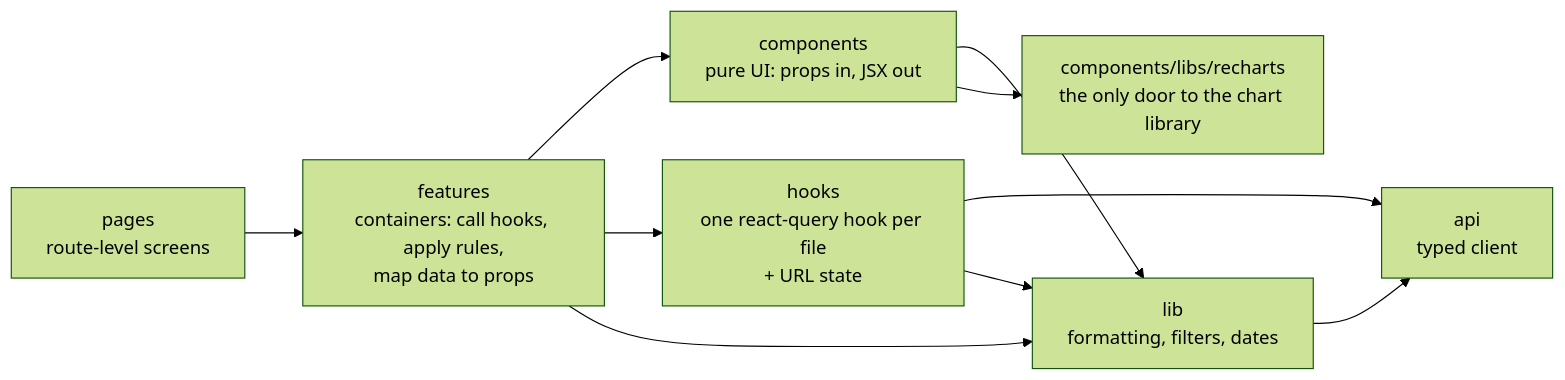
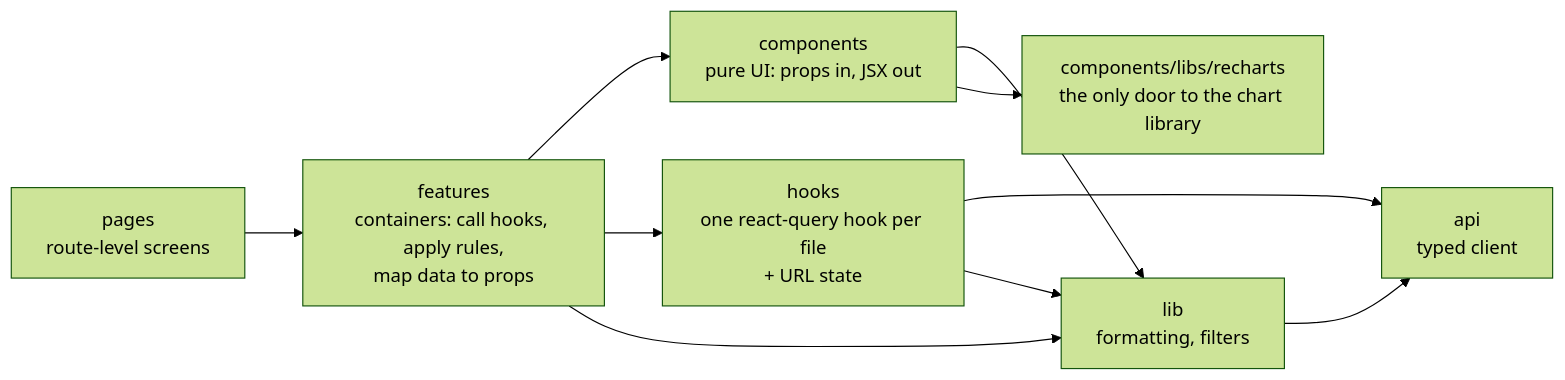
The sixth of 7 diagrams in README.md (SangNguyen2810/store-operation), drawn with Mermaid (forest theme) before and after one commit. The commit also changed other lines of this file and 98 other files, not shown here.

````diff
--- a/README.md
+++ b/README.md
@@ -747,12 +830,12 @@
 ```mermaid
 flowchart LR
     pages["pages<br/>route-level screens"] --> features
     features["features<br/>containers: call hooks, apply rules,<br/>map data to props"] --> components
     features --> hooks["hooks<br/>one react-query hook per file<br/>+ URL state"]
     hooks --> api["api<br/>typed client"]
-    features --> lib["lib<br/>formatting, filters, dates"]
+    features --> lib["lib<br/>formatting, filters"]
     hooks --> lib
     components["components<br/>pure UI: props in, JSX out"] --> lib
     components --> libs["components/libs/recharts<br/>the only door to the chart library"]
     lib --> api
 ```
````
